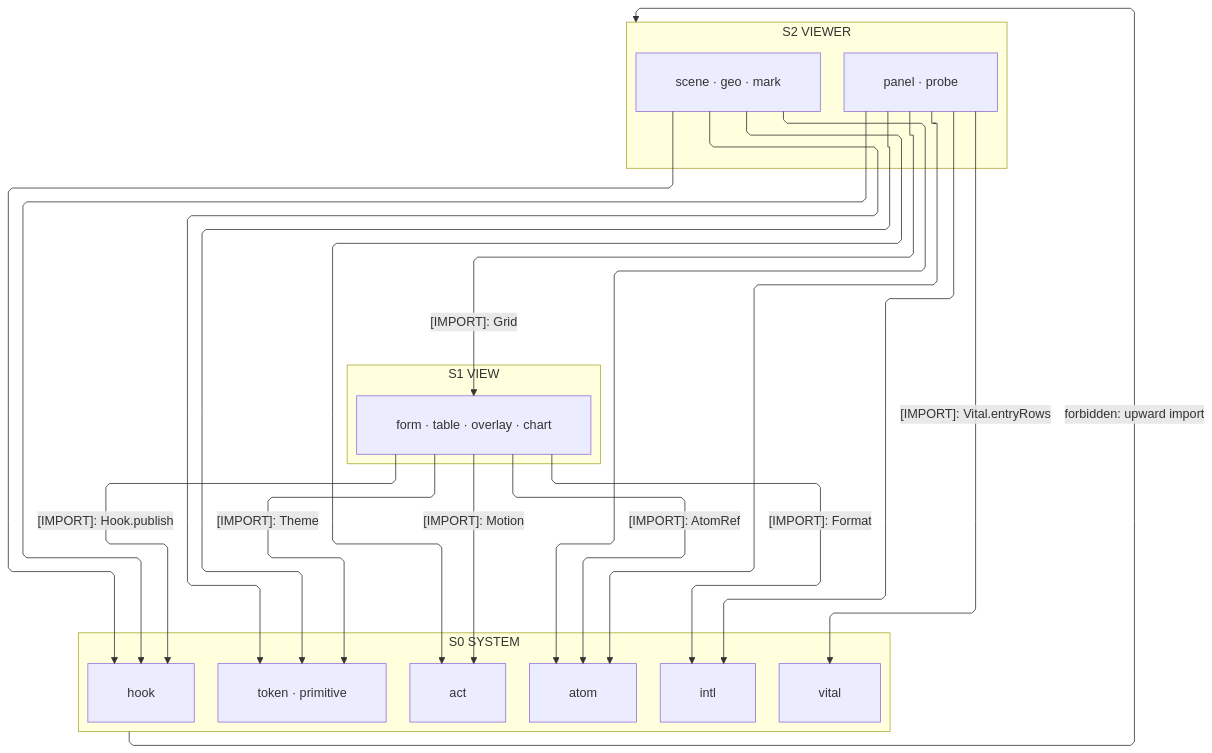
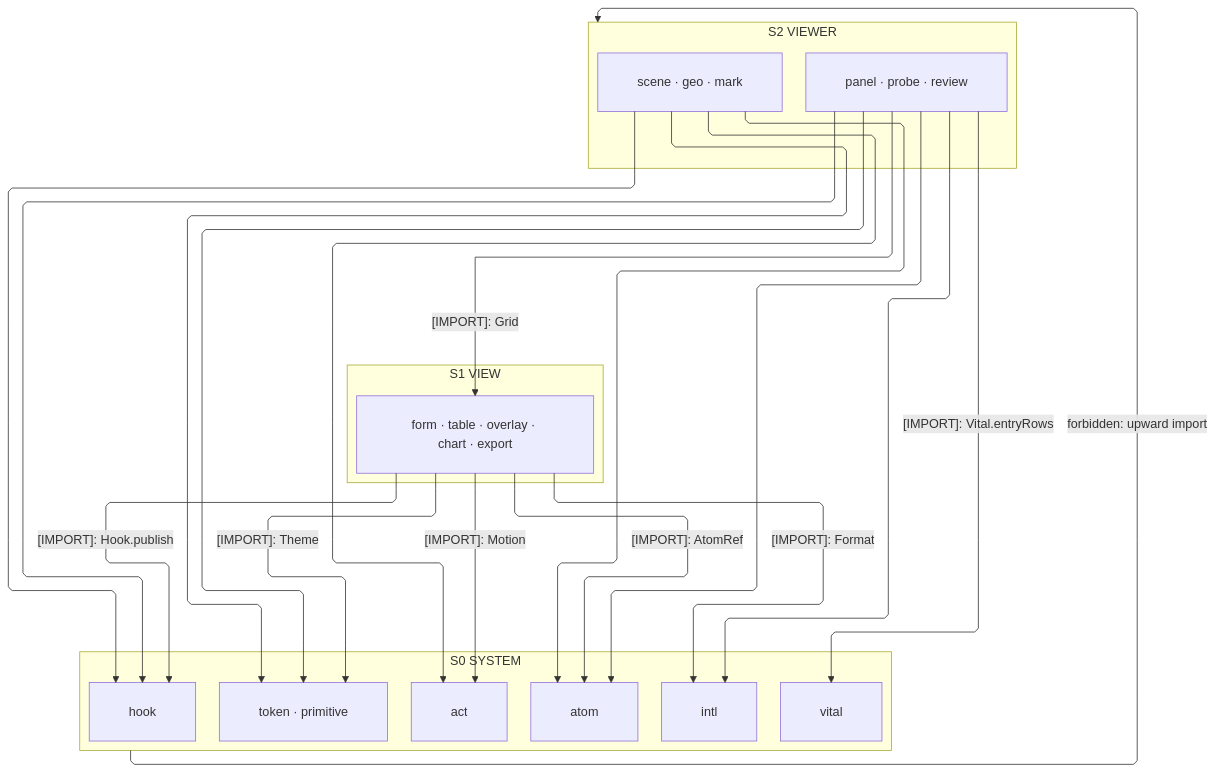
The first of 2 diagrams in libs/typescript/ui/ARCHITECTURE.md (bsamiee/Rasm), drawn with Mermaid before and after one commit. The commit also changed other lines of this file and 108 other files, not shown here.

Commit message:
Land the coldpass doc-set deltas across README, ARCHITECTURE, RULINGS, IDEAS, and TASKLOG files

````diff
--- a/libs/typescript/ui/ARCHITECTURE.md
+++ b/libs/typescript/ui/ARCHITECTURE.md
@@ -42,43 +45,43 @@
 ```mermaid
 ---
 config:
   layout: elk
   flowchart:
     curve: linear
     padding: 25
 ---
 flowchart TB
     accTitle: Ui interior import strata
     accDescr: Three strata — the viewer project over the view surfaces onto the system floor; imports downward, one forbidden upward edge.
     subgraph S2["S2 VIEWER"]
         Scene["scene · geo · mark"]
-        Board["panel · probe"]
+        Board["panel · probe · review"]
     end
     subgraph S1["S1 VIEW"]
-        View["form · table · overlay · chart"]
+        View["form · table · overlay · chart · export"]
     end
     subgraph S0["S0 SYSTEM"]
         Token["token · primitive"]
         Act[act]
         Atom[atom]
         Intl[intl]
         Hook[hook]
         Vital[vital]
     end
     View e1@-->|"[IMPORT]: AtomRef"| Atom
     View e2@-->|"[IMPORT]: Format"| Intl
     View e3@-->|"[IMPORT]: Theme"| Token
     View e4@-->|"[IMPORT]: Motion"| Act
     View e12@-->|"[IMPORT]: Hook.publish"| Hook
     Scene e5@--> Token
     Scene e6@--> Act
     Scene e7@--> Atom
     Scene e13@--> Hook
     Board e8@--> Atom
     Board e9@--> Intl
     Board e10@--> Token
     Board e11@-->|"[IMPORT]: Grid"| View
     Board e14@-->|"[IMPORT]: Vital.entryRows"| Vital
     Board e15@--> Hook
     S0 f1@-->|"forbidden: upward import"| S2
 ```
````
